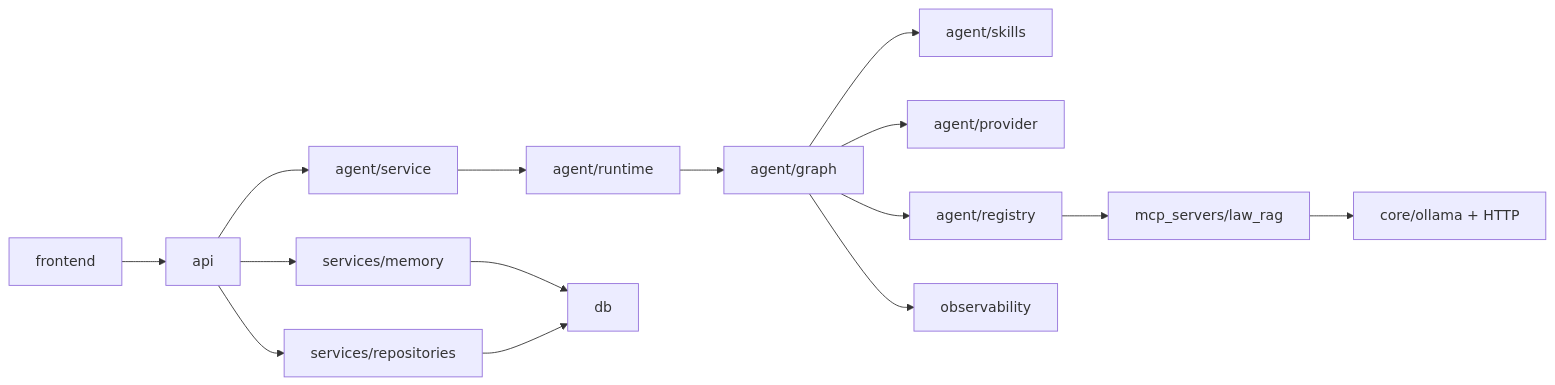
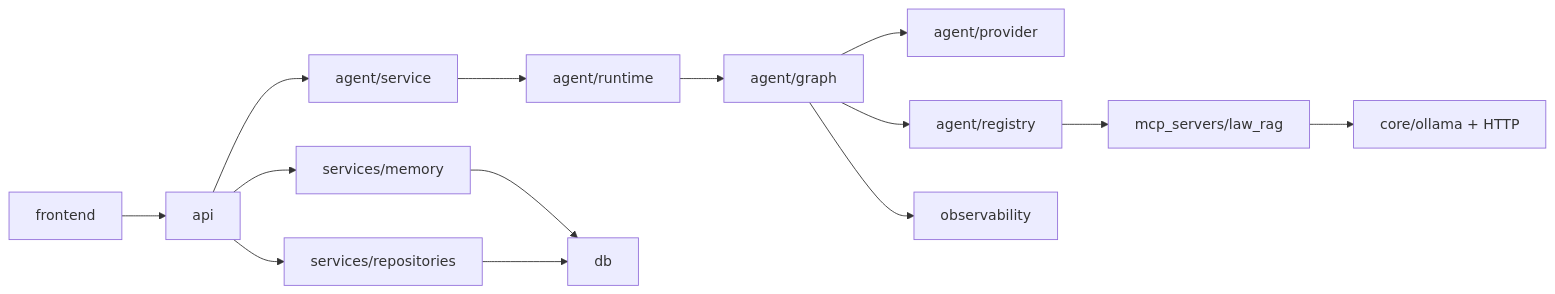
The second of 3 diagrams in resume/architecture.md (Vinn7/LawStation), drawn with Mermaid before and after one commit. The commit also changed other lines of this file and 68 other files, not shown here.

````diff
--- a/resume/architecture.md
+++ b/resume/architecture.md
@@ -103,17 +104,16 @@
 ```mermaid
 flowchart LR
     FRONTEND["frontend"] --> API["api"]
     API --> SERVICE["agent/service"]
     API --> MEMORY["services/memory"]
     API --> REPO["services/repositories"]
     SERVICE --> RUNTIME["agent/runtime"]
     RUNTIME --> GRAPH["agent/graph"]
-    GRAPH --> SKILLS["agent/skills"]
     GRAPH --> PROVIDER["agent/provider"]
     GRAPH --> REGISTRY["agent/registry"]
     REGISTRY --> MCP["mcp_servers/law_rag"]
     MEMORY --> DB["db"]
     REPO --> DB
     MCP --> OLLAMA["core/ollama + HTTP"]
     GRAPH --> OBS["observability"]
 ```
````
